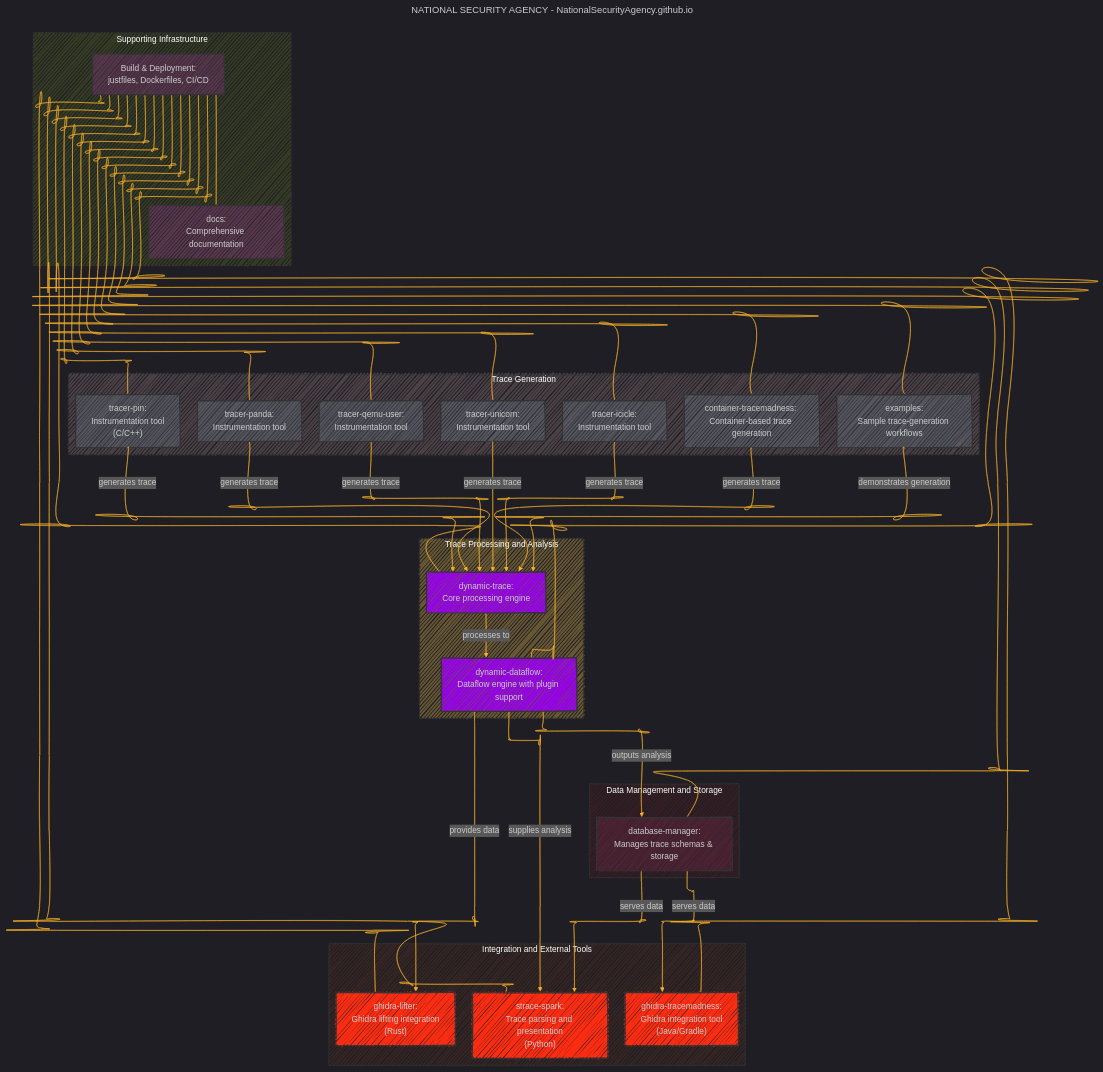
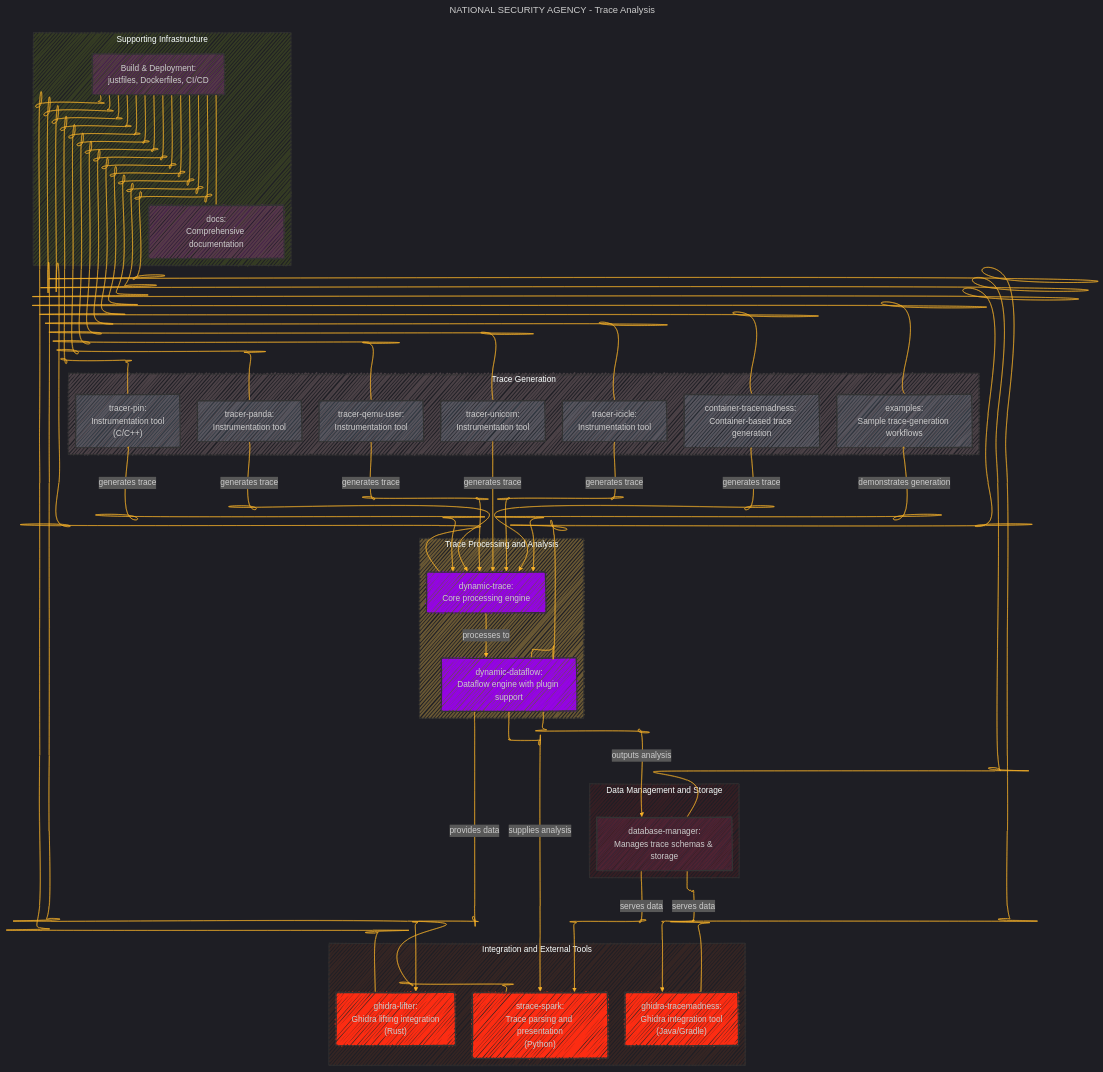
The diagram in NATIONAL_SECURITY_AGENCY/trace_analysis.md (CongLeSolutionX/ArchExplorer), drawn with Mermaid before and after one commit. The commit also changed other lines of this file, not shown here.

Commit message:
update notes

````diff
--- a/NATIONAL_SECURITY_AGENCY/trace_analysis.md
+++ b/NATIONAL_SECURITY_AGENCY/trace_analysis.md
@@ -27,6 +26,6 @@
 ```mermaid
 ---
-title: "NATIONAL SECURITY AGENCY - NationalSecurityAgency.github.io"
+title: "NATIONAL SECURITY AGENCY - Trace Analysis"
 author: "Cong Le"
 version: "1.0"
 license(s): "MIT, CC BY 4.0"
````
